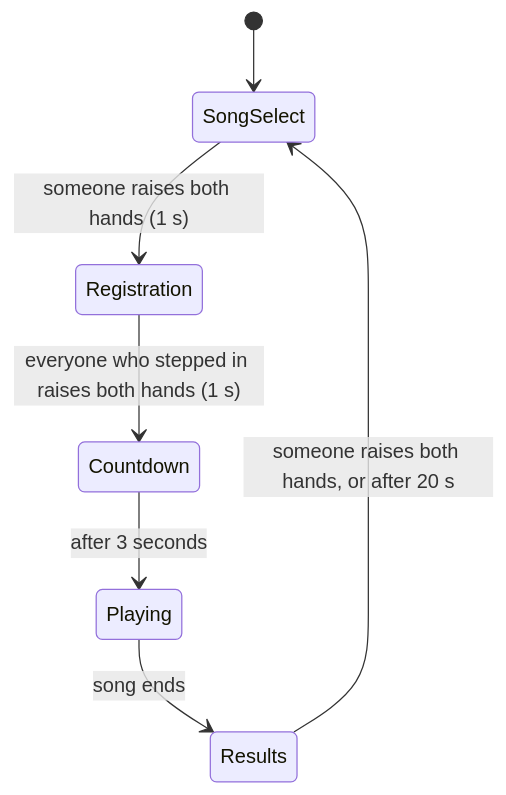
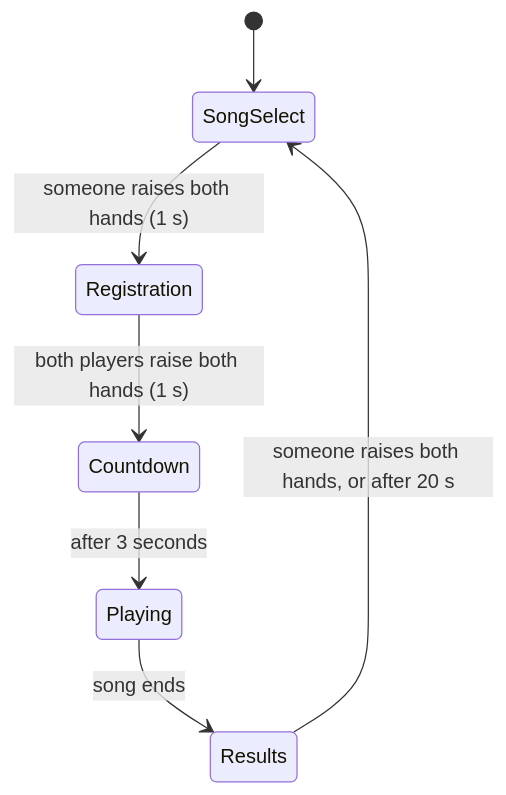
Before and after one commit to BonusBolus/IPCV---Just-Dance---Group-38: the diagram in docs/game_structure.md, drawn with Mermaid. The commit also changed other lines of this file and 14 other files, not shown here.

````diff
--- a/docs/game_structure.md
+++ b/docs/game_structure.md
@@ -18,9 +18,9 @@
 ```mermaid
 stateDiagram-v2
     [*] --> SongSelect
     SongSelect --> Registration: someone raises both hands (1 s)
-    Registration --> Countdown: everyone who stepped in raises both hands (1 s)
+    Registration --> Countdown: both players raise both hands (1 s)
     Countdown --> Playing: after 3 seconds
     Playing --> Results: song ends
     Results --> SongSelect: someone raises both hands, or after 20 s
 ```
````
